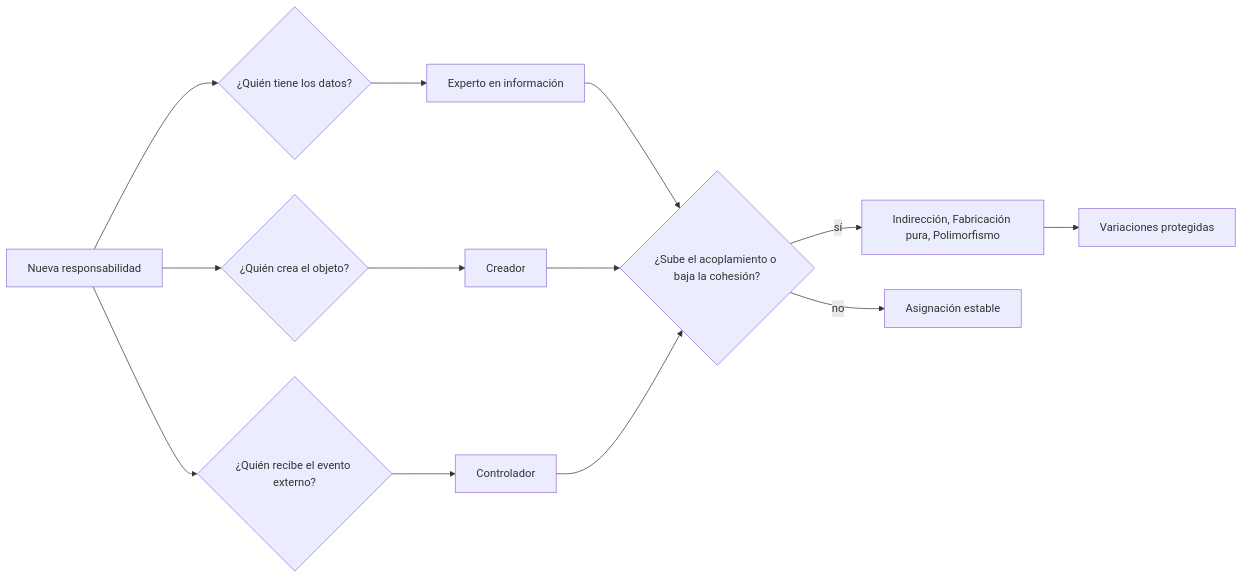
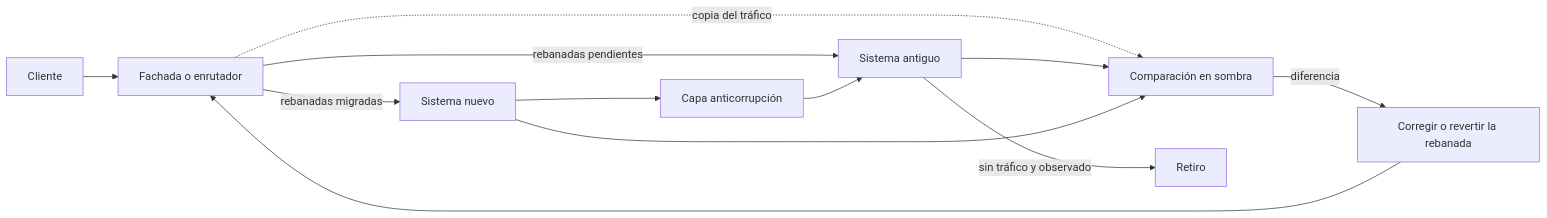
The diagram in content/part-43/SE-521.md (vladimiracunadev-create/modern-software-engineering-program), drawn with Mermaid before and after one commit. The commit also changed other lines of this file and 5193 other files, not shown here.

````diff
--- a/content/part-43/SE-521.md
+++ b/content/part-43/SE-521.md
@@ -56,15 +55,14 @@
 ```mermaid
 flowchart LR
-    A[Nueva responsabilidad] --> B{¿Quién tiene los datos?}
-    B --> C[Experto en información]
-    A --> D{¿Quién crea el objeto?}
-    D --> E[Creador]
-    A --> F{¿Quién recibe el evento externo?}
-    F --> G[Controlador]
-    C --> H{¿Sube el acoplamiento o baja la cohesión?}
-    E --> H
-    G --> H
-    H -->|sí| I[Indirección, Fabricación pura, Polimorfismo]
-    H -->|no| J[Asignación estable]
-    I --> K[Variaciones protegidas]
+    A[Cliente] --> B[Fachada o enrutador]
+    B -->|rebanadas pendientes| C[Sistema antiguo]
+    B -->|rebanadas migradas| D[Sistema nuevo]
+    B -.->|copia del tráfico| E[Comparación en sombra]
+    C --> E
+    D --> E
+    D --> F[Capa anticorrupción]
+    F --> C
+    E -->|diferencia| G[Corregir o revertir la rebanada]
+    G --> B
+    C -->|sin tráfico y observado| H[Retiro]
 ```
````
